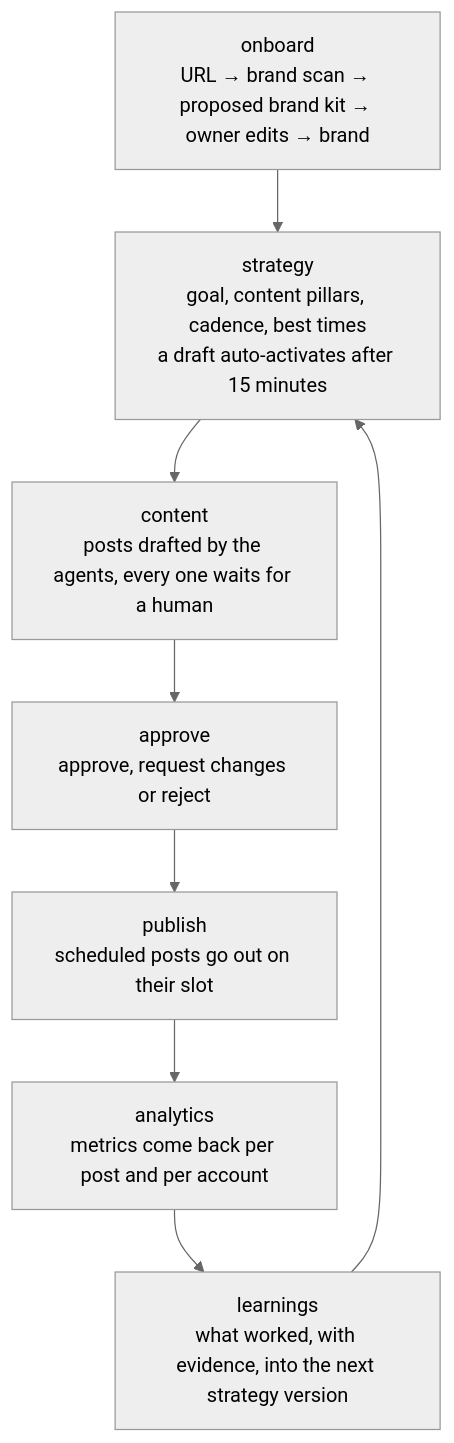
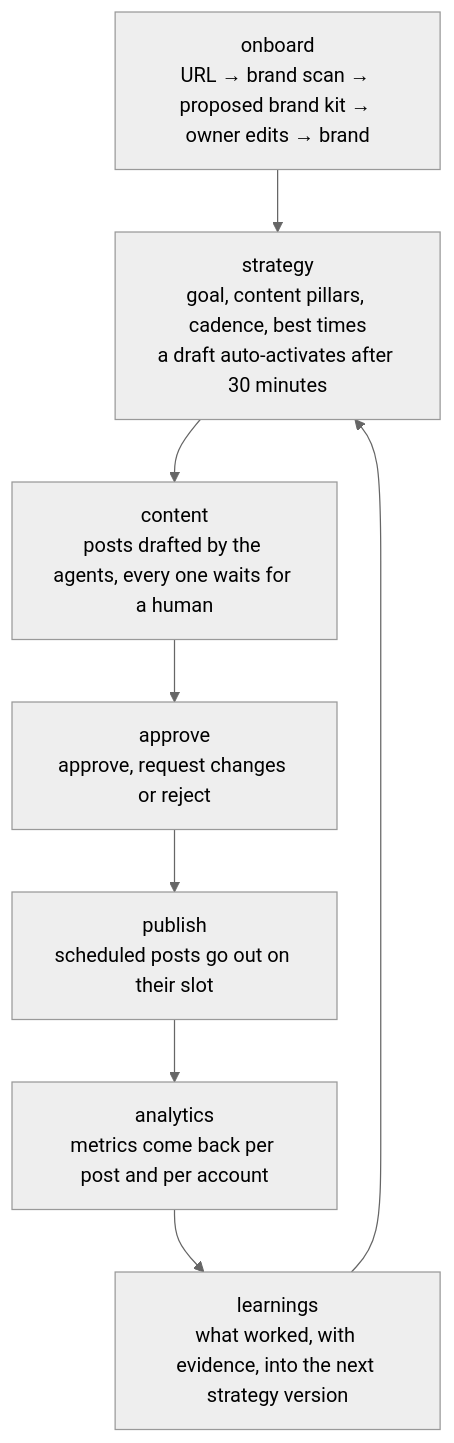
Before and after one commit to GODZ-k/Social-agent: the diagram in docs/PRD.md, drawn with Mermaid (neutral theme). The commit also changed other lines of this file and 150 other files, not shown here.

````diff
--- a/docs/PRD.md
+++ b/docs/PRD.md
@@ -66,13 +66,13 @@
 ```mermaid
 flowchart TD
     onboard["onboard<br/>URL → brand scan → proposed brand kit → owner edits → brand"]
-    strategy["strategy<br/>goal, content pillars, cadence, best times<br/>a draft auto-activates after 15 minutes"]
+    strategy["strategy<br/>goal, content pillars, cadence, best times<br/>a draft auto-activates after 30 minutes"]
     content["content<br/>posts drafted by the agents, every one waits for a human"]
     approve["approve<br/>approve, request changes or reject"]
     publish["publish<br/>scheduled posts go out on their slot"]
     analytics["analytics<br/>metrics come back per post and per account"]
     learnings["learnings<br/>what worked, with evidence, into the next strategy version"]
 
     onboard --> strategy --> content --> approve --> publish --> analytics --> learnings
     learnings --> strategy
 ```
````
